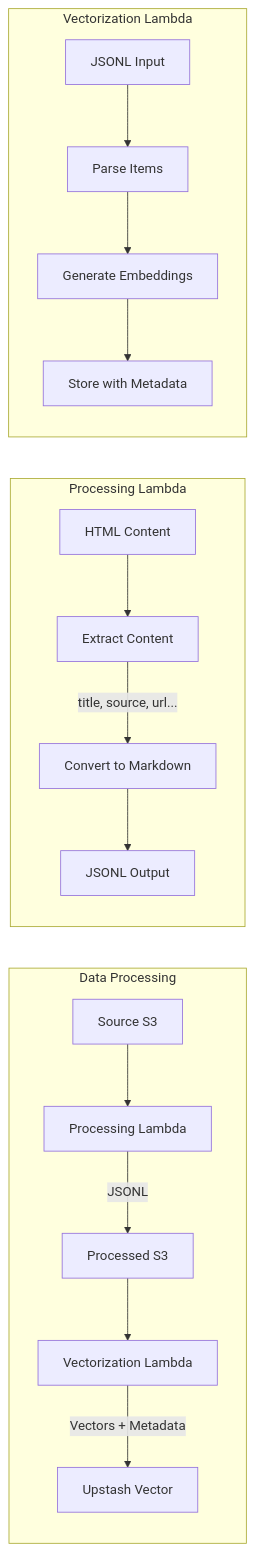
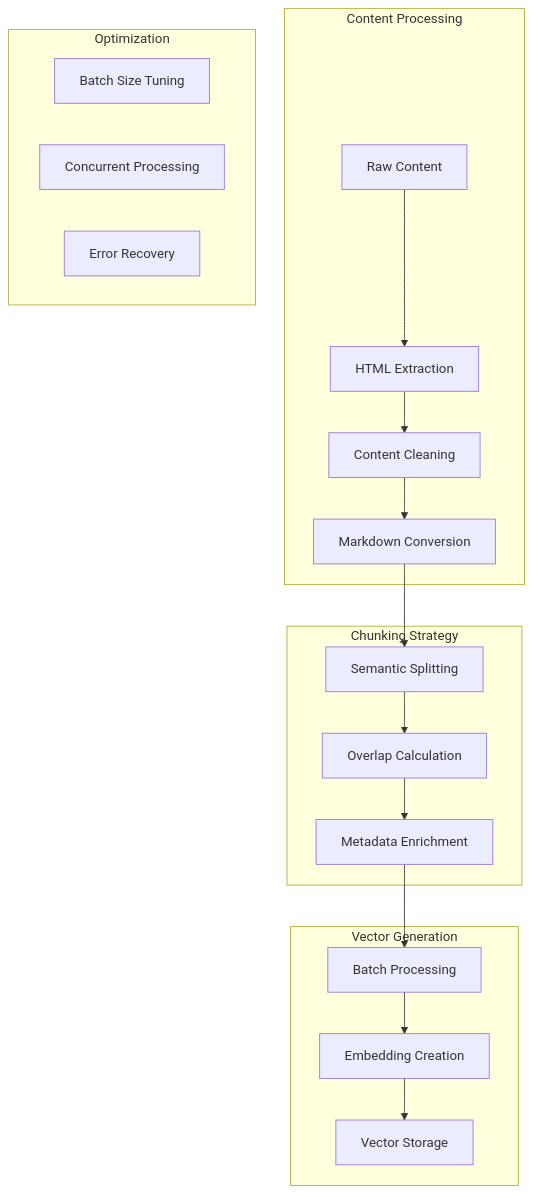
The fourth of 8 diagrams in memory-bank/systemPatterns.md (laialex501/lorechat-cdk), drawn with Mermaid before and after one commit. The commit also changed other lines of this file and 7 other files, not shown here.

Commit message:
Update vectorization to use chunking

````diff
--- a/memory-bank/systemPatterns.md
+++ b/memory-bank/systemPatterns.md
@@ -103,21 +130,26 @@
 ```mermaid
-graph LR
-    subgraph "Data Processing"
-        S1[Source S3] --> L1[Processing Lambda]
-        L1 --> |JSONL| S2[Processed S3]
-        S2 --> L2[Vectorization Lambda]
-        L2 --> |Vectors + Metadata| VS[Upstash Vector]
+graph TD
+    subgraph "Content Processing"
+        A[Raw Content] --> B[HTML Extraction]
+        B --> C[Content Cleaning]
+        C --> D[Markdown Conversion]
     end
-
-    subgraph "Processing Lambda"
-        HTML[HTML Content] --> Extract[Extract Content]
-        Extract --> |title, source, url...| Convert[Convert to Markdown]
-        Convert --> JSONL[JSONL Output]
+    
+    subgraph "Chunking Strategy"
+        D --> E[Semantic Splitting]
+        E --> F[Overlap Calculation]
+        F --> G[Metadata Enrichment]
     end
-
-    subgraph "Vectorization Lambda"
-        JI[JSONL Input] --> Parse[Parse Items]
-        Parse --> Embed[Generate Embeddings]
-        Embed --> Store[Store with Metadata]
+    
+    subgraph "Vector Generation"
+        G --> H[Batch Processing]
+        H --> I[Embedding Creation]
+        I --> J[Vector Storage]
+    end
+    
+    subgraph "Optimization"
+        K[Batch Size Tuning]
+        L[Concurrent Processing]
+        M[Error Recovery]
     end
 ```
````
